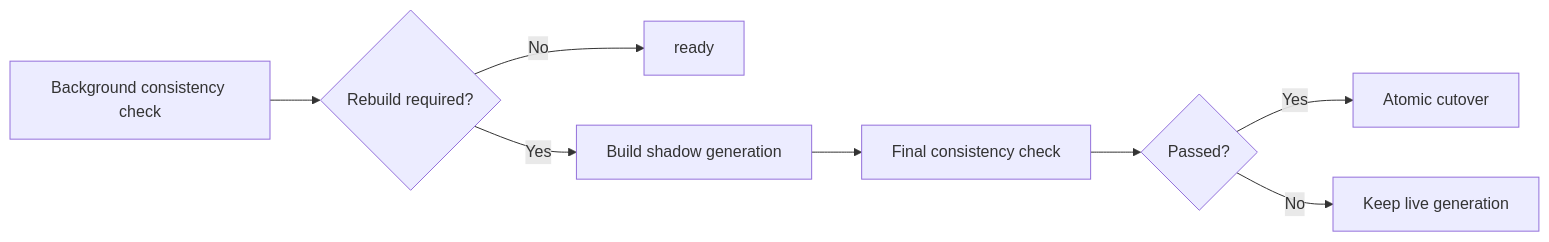
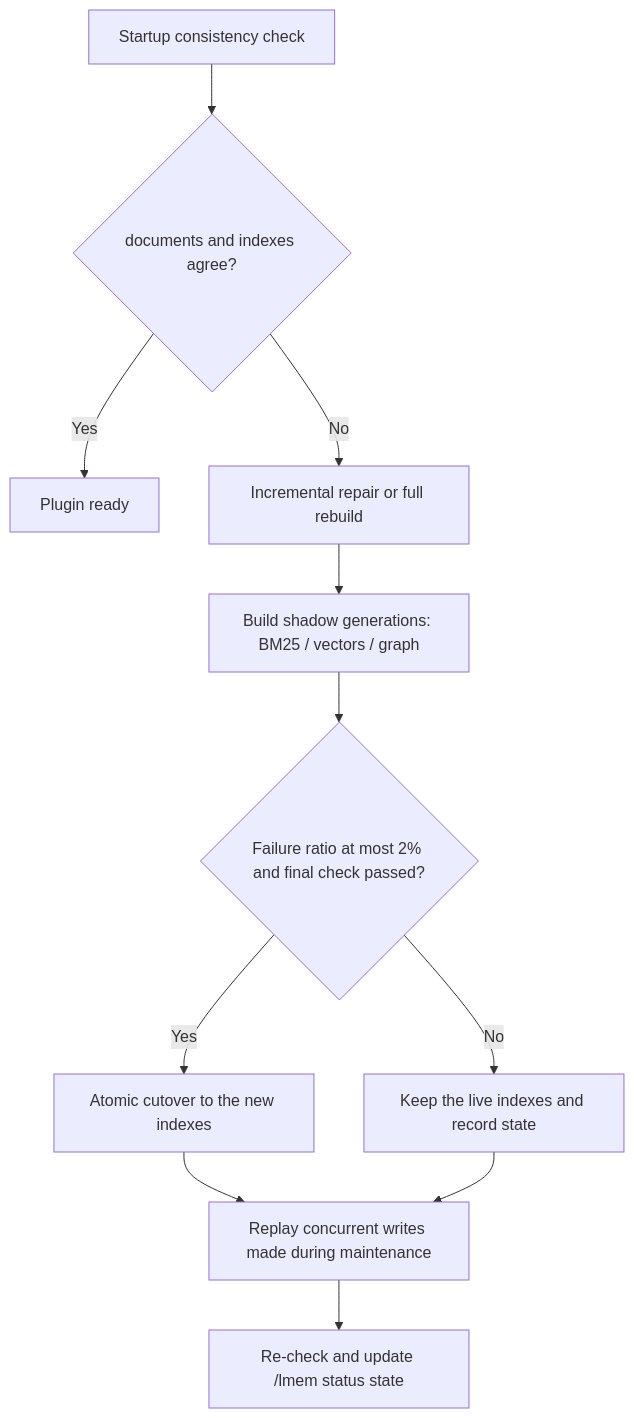
The fourth of 4 diagrams in docs/en/architecture.md (lxfight-s-Astrbot-Plugins/astrbot_plugin_livingmemory), drawn with Mermaid before and after one commit. The commit also changed other lines of this file and 4 other files, not shown here.

First line of the commit message:
docs(architecture): rewrite the deep dive and replace the static diagram with interactive Mermaid flows

````diff
--- a/docs/en/architecture.md
+++ b/docs/en/architecture.md
@@ -60,10 +165,13 @@
 ```mermaid
-flowchart LR
-    A[Background consistency check] --> B{Rebuild required?}
-    B -- No --> C[ready]
-    B -- Yes --> D[Build shadow generation]
-    D --> E[Final consistency check]
-    E --> F{Passed?}
-    F -- Yes --> G[Atomic cutover]
-    F -- No --> H[Keep live generation]
+flowchart TB
+    A["Startup consistency check"] --> B{"documents and indexes agree?"}
+    B -->|"Yes"| C["Plugin ready"]
+    B -->|"No"| D["Incremental repair or full rebuild"]
+    D --> E["Build shadow generations: BM25 / vectors / graph"]
+    E --> F{"Failure ratio at most 2% and final check passed?"}
+    F -->|"Yes"| G["Atomic cutover to the new indexes"]
+    F -->|"No"| H["Keep the live indexes and record state"]
+    G --> I["Replay concurrent writes made during maintenance"]
+    H --> I
+    I --> J["Re-check and update /lmem status state"]
 ```
````
